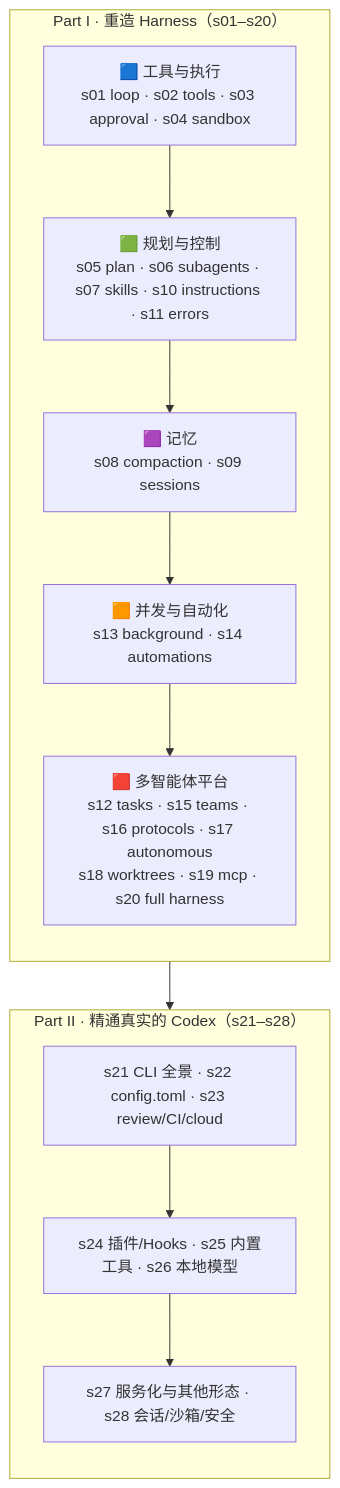
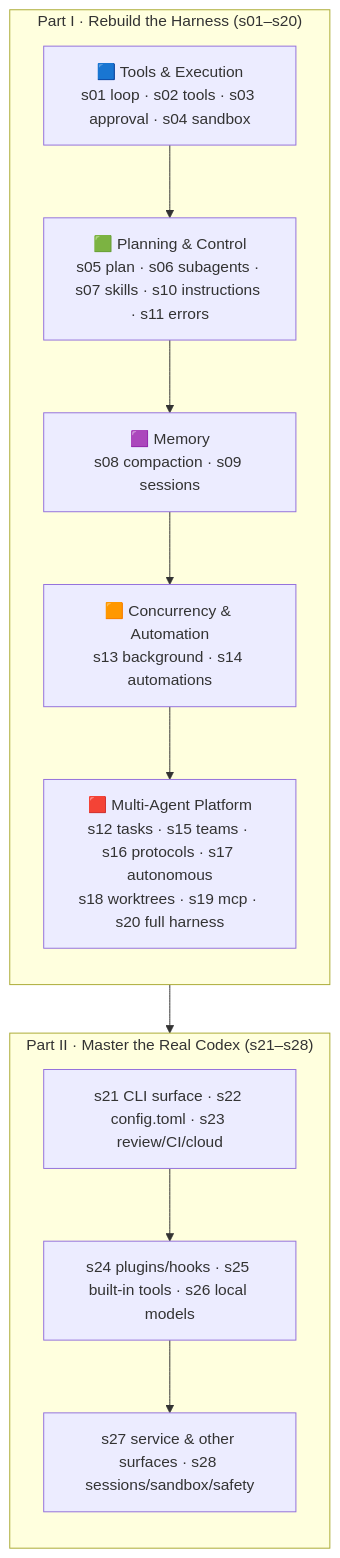
Before and after one commit to xinqingaa/learn-codex: the diagram in README.md, drawn with Mermaid. The commit also changed other lines of this file and 3 other files, not shown here.

````diff
--- a/README.md
+++ b/README.md
@@ -96,20 +97,20 @@
 ```mermaid
 flowchart TD
-    subgraph P1["Part I · 重造 Harness（s01–s20）"]
+    subgraph P1["Part I · Rebuild the Harness (s01–s20)"]
         direction TB
-        L1["🟦 工具与执行<br/>s01 loop · s02 tools · s03 approval · s04 sandbox"]
-        L2["🟩 规划与控制<br/>s05 plan · s06 subagents · s07 skills · s10 instructions · s11 errors"]
-        L3["🟪 记忆<br/>s08 compaction · s09 sessions"]
-        L4["🟧 并发与自动化<br/>s13 background · s14 automations"]
-        L5["🟥 多智能体平台<br/>s12 tasks · s15 teams · s16 protocols · s17 autonomous<br/>s18 worktrees · s19 mcp · s20 full harness"]
+        L1["🟦 Tools & Execution<br/>s01 loop · s02 tools · s03 approval · s04 sandbox"]
+        L2["🟩 Planning & Control<br/>s05 plan · s06 subagents · s07 skills · s10 instructions · s11 errors"]
+        L3["🟪 Memory<br/>s08 compaction · s09 sessions"]
+        L4["🟧 Concurrency & Automation<br/>s13 background · s14 automations"]
+        L5["🟥 Multi-Agent Platform<br/>s12 tasks · s15 teams · s16 protocols · s17 autonomous<br/>s18 worktrees · s19 mcp · s20 full harness"]
         L1 --> L2 --> L3 --> L4 --> L5
     end
-    subgraph P2["Part II · 精通真实的 Codex（s21–s28）"]
+    subgraph P2["Part II · Master the Real Codex (s21–s28)"]
         direction TB
-        C1["s21 CLI 全景 · s22 config.toml · s23 review/CI/cloud"]
-        C2["s24 插件/Hooks · s25 内置工具 · s26 本地模型"]
-        C3["s27 服务化与其他形态 · s28 会话/沙箱/安全"]
+        C1["s21 CLI surface · s22 config.toml · s23 review/CI/cloud"]
+        C2["s24 plugins/hooks · s25 built-in tools · s26 local models"]
+        C3["s27 service & other surfaces · s28 sessions/sandbox/safety"]
         C1 --> C2 --> C3
     end
     P1 --> P2
 ```
````
